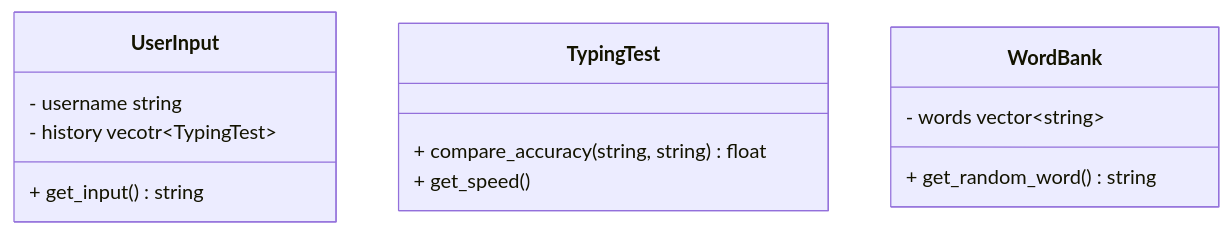
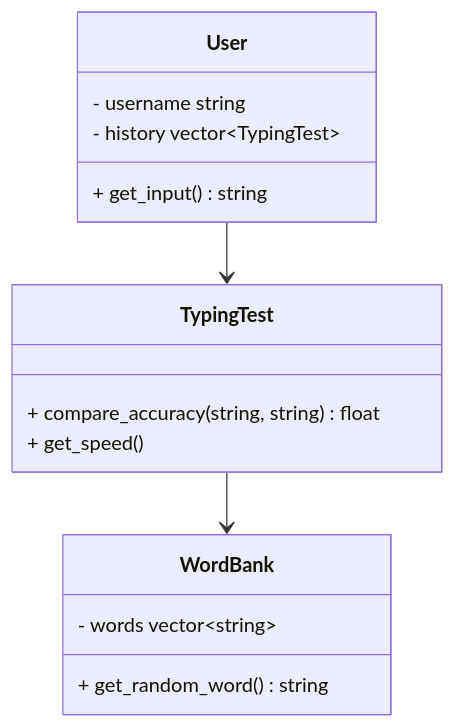
Before and after one commit to Trashcan445/tippitytappity-design: the diagram in README.md, drawn with Mermaid.

````diff
--- a/README.md
+++ b/README.md
@@ -8,16 +8,18 @@
 ```mermaid
 classDiagram
-class UserInput{
+class User{
       - username string
-      - history vecotr~TypingTest~
+      - history vector~TypingTest~
       + get_input() string
 }
 class TypingTest{
   + compare_accuracy(string, string) float
   + get_speed()
 }
 class WordBank{
         - words vector~string~
         + get_random_word() string
 }
+User-->TypingTest
+TypingTest-->WordBank
 ```
````
